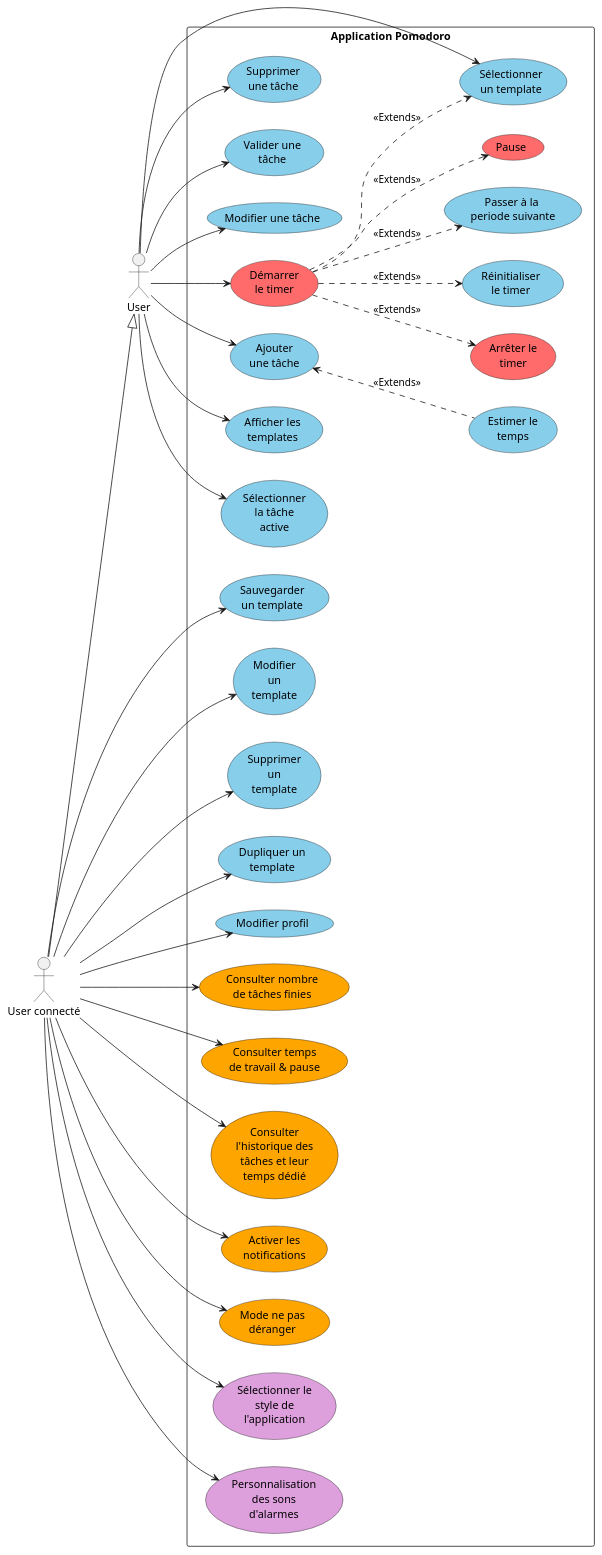
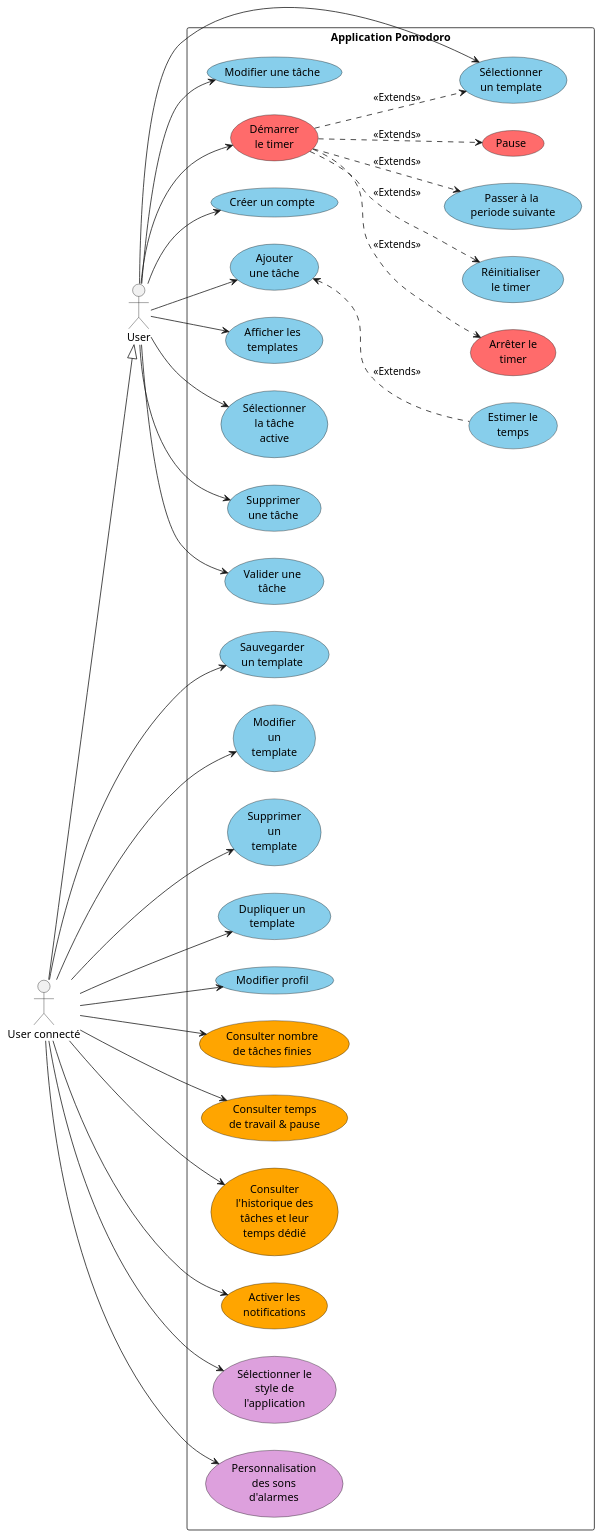
One commit to MDGav82/FocusTimer changed the diagram in modelisation/scenarios/use_case_uml.wsd. Above: the diagram before and after it, drawn with PlantUML. The commit also changed 2 other files, not shown here.

```diff
--- a/modelisation/scenarios/use_case_uml.wsd
+++ b/modelisation/scenarios/use_case_uml.wsd
@@ -1,69 +1,69 @@
 @startuml pomodoro
 left to right direction
 actor User as u
 actor "User connecté" as uc
 
 uc --|> u
 
 rectangle "Application Pomodoro" {
   usecase "Démarrer\nle timer" as UC1 #FF6B6B
   usecase "Pause" as UC2 #FF6B6B
   usecase "Arrêter le\ntimer" as UC3 #FF6B6B
+  usecase "Créer un compte" as UC22 #87CEEB
   usecase "Réinitialiser\nle timer" as UC4 #87CEEB
   usecase "Passer à la \nperiode suivante" as UC26 #87CEEB
   usecase "Sélectionner\nun template" as UC5 #87CEEB
   usecase "Ajouter\nune tâche" as UC6 #87CEEB
   usecase "Estimer le\ntemps" as UC7 #87CEEB
   usecase "Afficher les\ntemplates" as UC8 #87CEEB
   usecase "Sélectionner\nla tâche\nactive" as UC9 #87CEEB
   usecase "Supprimer\nune tâche" as UC10 #87CEEB
   usecase "Valider une\ntâche" as UC11 #87CEEB
   usecase "Modifier une tâche" as UC12 #87CEEB
   usecase "Sauvegarder\nun template" as UC13 #87CEEB
   usecase "Modifier\nun\ntemplate" as UC14 #87CEEB
   usecase "Supprimer\nun\ntemplate" as UC15 #87CEEB
   usecase "Dupliquer un\ntemplate" as UC16 #87CEEB
   usecase "Modifier profil" as UC17 #87CEEB
   usecase "Consulter nombre\nde tâches finies" as UC18 #FFA500
   usecase "Consulter temps\nde travail & pause" as UC19 #FFA500
   usecase "Consulter\nl'historique des\ntâches et leur\ntemps dédié" as UC20 #FFA500
   usecase "Activer les\nnotifications" as UC21 #FFA500
-  usecase "Mode ne pas\ndéranger" as UC22 #FFA500
   usecase "Sélectionner le\nstyle de\nl'application" as UC24 #DDA0DD
   usecase "Personnalisation\ndes sons\nd'alarmes" as UC25 #DDA0DD
   
 }
 
 ' User connections
 u --> UC1
 u --> UC5
 u --> UC6
 u --> UC8
 u --> UC9
 u --> UC10
 u --> UC11
 u --> UC12
+u --> UC22
 
 ' User connecté connections
 uc --> UC13
 uc --> UC14
 uc --> UC15
 uc --> UC16
 uc --> UC18
 uc --> UC19
 uc --> UC20
 uc --> UC17
 uc --> UC21
 uc --> UC25
-uc --> UC22
 uc --> UC24
 
 ' Relations extends
 UC1 ..> UC2 : <<Extends>>
 UC1 ..> UC3 : <<Extends>>
 UC1 ..> UC4 : <<Extends>>
 UC1 ..> UC5 : <<Extends>>
 UC1 ..> UC26 : <<Extends>>
 UC6 <.. UC7 : <<Extends>>
 
 @enduml
```
